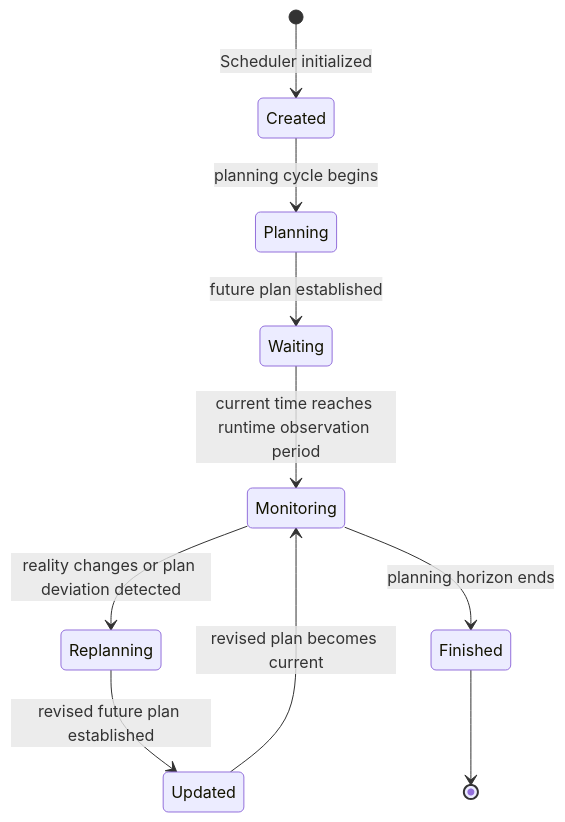
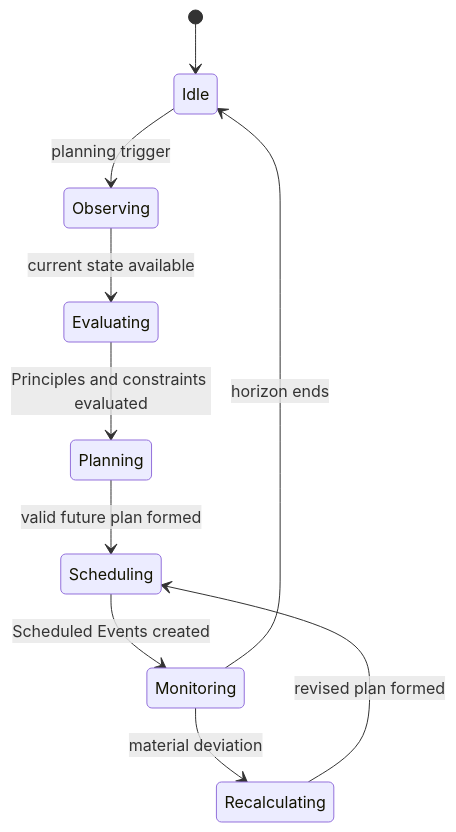
The fourth of 7 diagrams in docs/behavioral/STATE_MACHINES.md (adsecurto-boop/PAIOS), drawn with Mermaid before and after one commit. The commit also changed other lines of this file and 6 other files, not shown here.

Commit message:
v0.2.0 - Workplace testing updates before Claude architecture session

````diff
--- a/docs/behavioral/STATE_MACHINES.md
+++ b/docs/behavioral/STATE_MACHINES.md
@@ -226,12 +165,12 @@
 ```mermaid
 stateDiagram-v2
-    [*] --> Created: Scheduler initialized
-    Created --> Planning: planning cycle begins
-    Planning --> Waiting: future plan established
-    Waiting --> Monitoring: current time reaches runtime observation period
-    Monitoring --> Replanning: reality changes or plan deviation detected
-    Replanning --> Updated: revised future plan established
-    Updated --> Monitoring: revised plan becomes current
-    Monitoring --> Finished: planning horizon ends
-    Finished --> [*]
+    [*] --> Idle
+    Idle --> Observing: planning trigger
+    Observing --> Evaluating: current state available
+    Evaluating --> Planning: Principles and constraints evaluated
+    Planning --> Scheduling: valid future plan formed
+    Scheduling --> Monitoring: Scheduled Events created
+    Monitoring --> Recalculating: material deviation
+    Recalculating --> Scheduling: revised plan formed
+    Monitoring --> Idle: horizon ends
 ```
````
